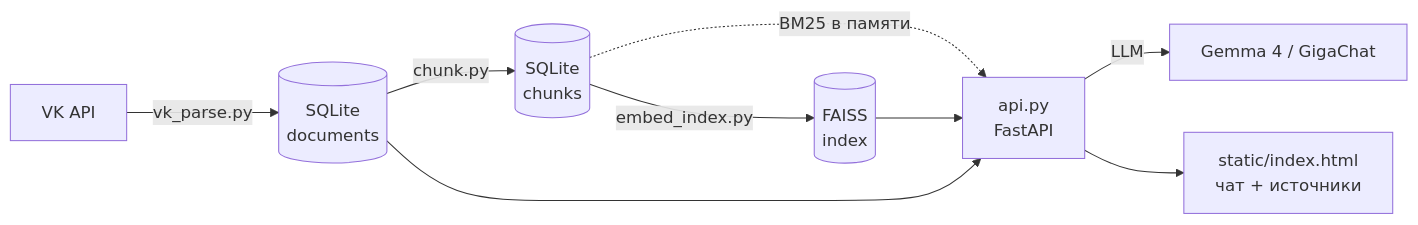
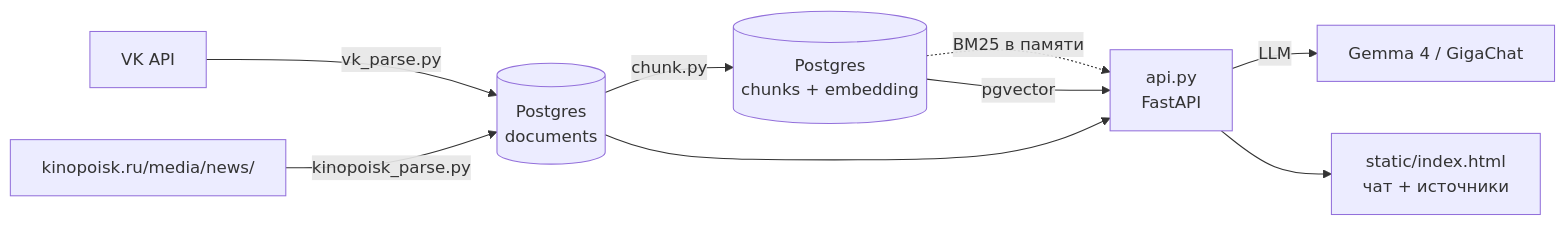
Before and after one commit to ivanChuhonin/Rag-system: the diagram in README.md, drawn with Mermaid. The commit also changed other lines of this file and 21 other files, not shown here.

First line of the commit message:
Migrate storage to Postgres+pgvector, add kinopoisk.ru source

````diff
--- a/README.md
+++ b/README.md
@@ -13,11 +14,11 @@
 ```mermaid
 flowchart LR
-    VK[VK API] -->|vk_parse.py| DB[(SQLite\ndocuments)]
-    DB -->|chunk.py| CH[(SQLite\nchunks)]
-    CH -->|embed_index.py| FAISS[(FAISS\nindex)]
+    VK[VK API] -->|vk_parse.py| DOCS[(Postgres\ndocuments)]
+    KP[kinopoisk.ru/media/news/] -->|kinopoisk_parse.py| DOCS
+    DOCS -->|chunk.py| CH[(Postgres\nchunks + embedding)]
     CH -.BM25 в памяти.-> API
-    FAISS --> API
-    DB --> API[api.py\nFastAPI]
+    CH -->|pgvector| API
+    DOCS --> API[api.py\nFastAPI]
     API -->|LLM| Ollama[Gemma 4 / GigaChat]
     API --> UI[static/index.html\nчат + источники]
 ```
````
